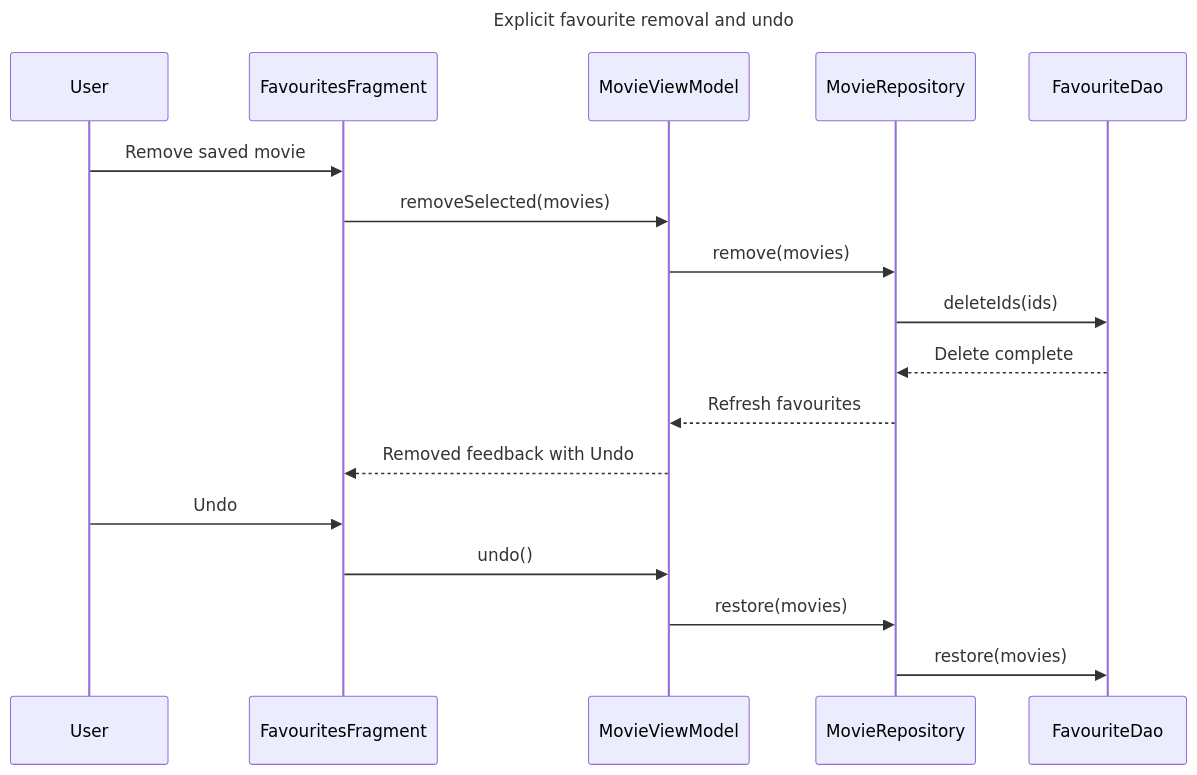
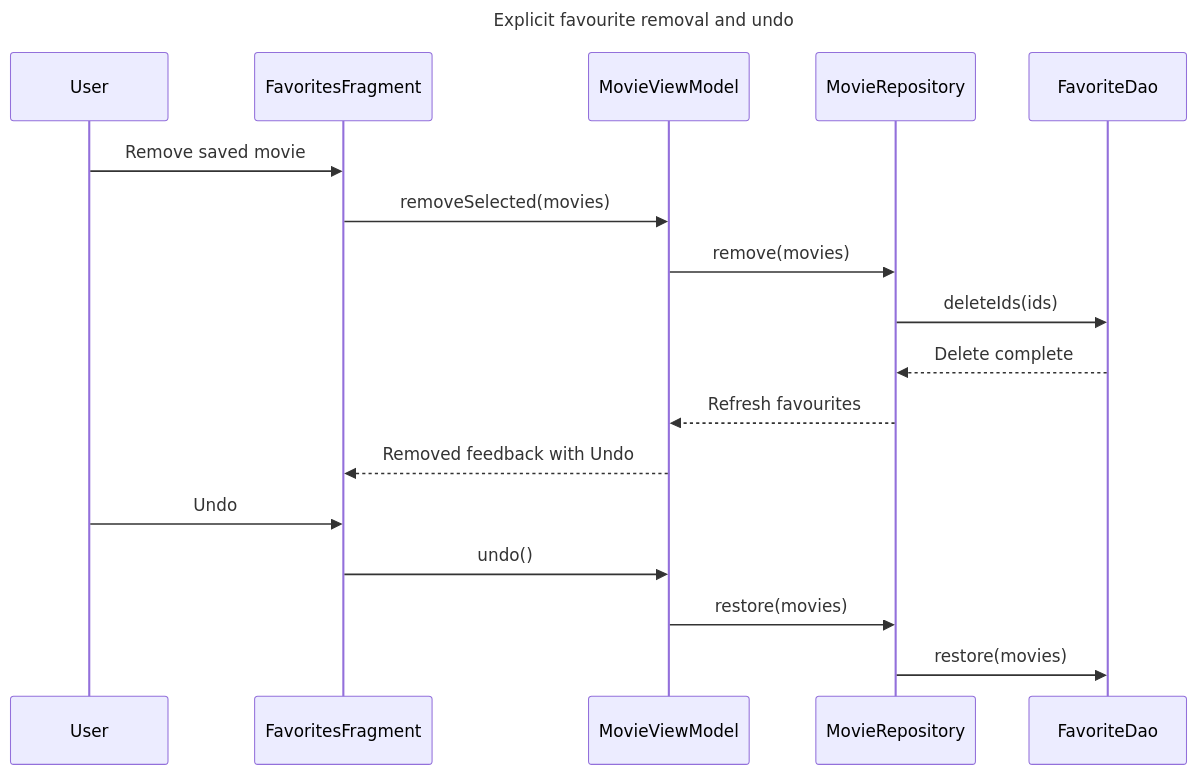
Before and after one commit to USTH-B3-Projects/MAD-IMDB-Client: the fourth of 4 diagrams in docs/architecture.md, drawn with Mermaid. The commit also changed other lines of this file, not shown here.

````diff
--- a/docs/architecture.md
+++ b/docs/architecture.md
@@ -101,21 +109,21 @@
 ```mermaid
 sequenceDiagram
     title Explicit favourite removal and undo
     participant User
-    participant FavouritesFragment
+    participant FavoritesFragment
     participant MovieViewModel
     participant MovieRepository
-    participant FavouriteDao
+    participant FavoriteDao
 
-    User->>FavouritesFragment: Remove saved movie
-    FavouritesFragment->>MovieViewModel: removeSelected(movies)
+    User->>FavoritesFragment: Remove saved movie
+    FavoritesFragment->>MovieViewModel: removeSelected(movies)
     MovieViewModel->>MovieRepository: remove(movies)
-    MovieRepository->>FavouriteDao: deleteIds(ids)
-    FavouriteDao-->>MovieRepository: Delete complete
+    MovieRepository->>FavoriteDao: deleteIds(ids)
+    FavoriteDao-->>MovieRepository: Delete complete
     MovieRepository-->>MovieViewModel: Refresh favourites
-    MovieViewModel-->>FavouritesFragment: Removed feedback with Undo
-    User->>FavouritesFragment: Undo
-    FavouritesFragment->>MovieViewModel: undo()
+    MovieViewModel-->>FavoritesFragment: Removed feedback with Undo
+    User->>FavoritesFragment: Undo
+    FavoritesFragment->>MovieViewModel: undo()
     MovieViewModel->>MovieRepository: restore(movies)
-    MovieRepository->>FavouriteDao: restore(movies)
+    MovieRepository->>FavoriteDao: restore(movies)
 ```
````
